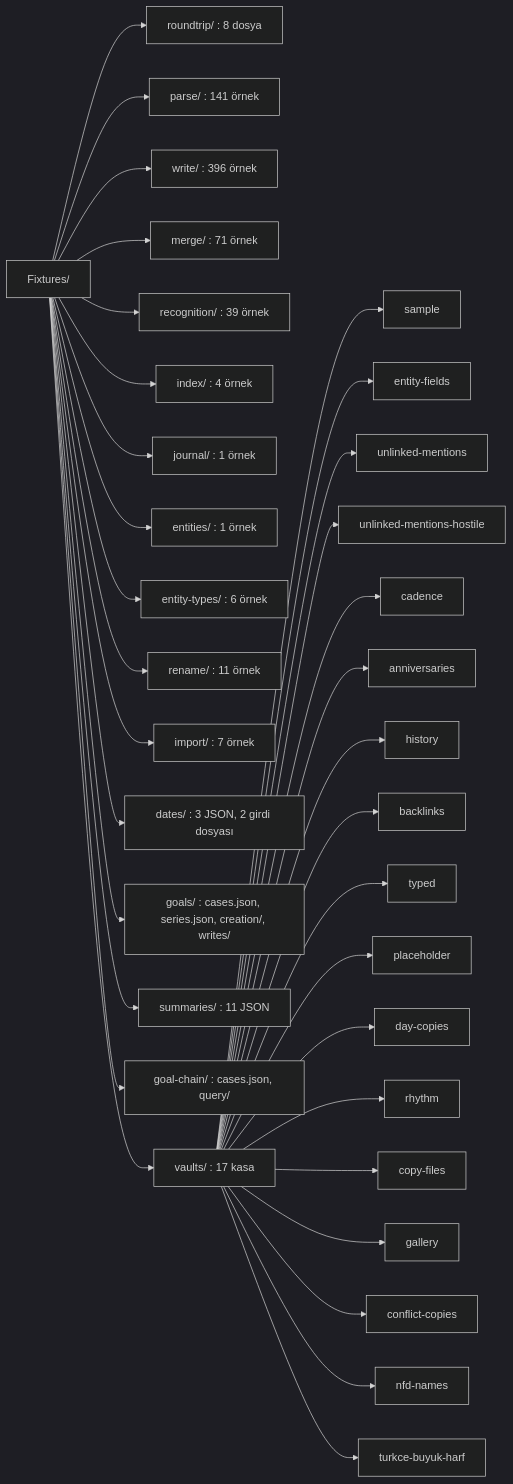
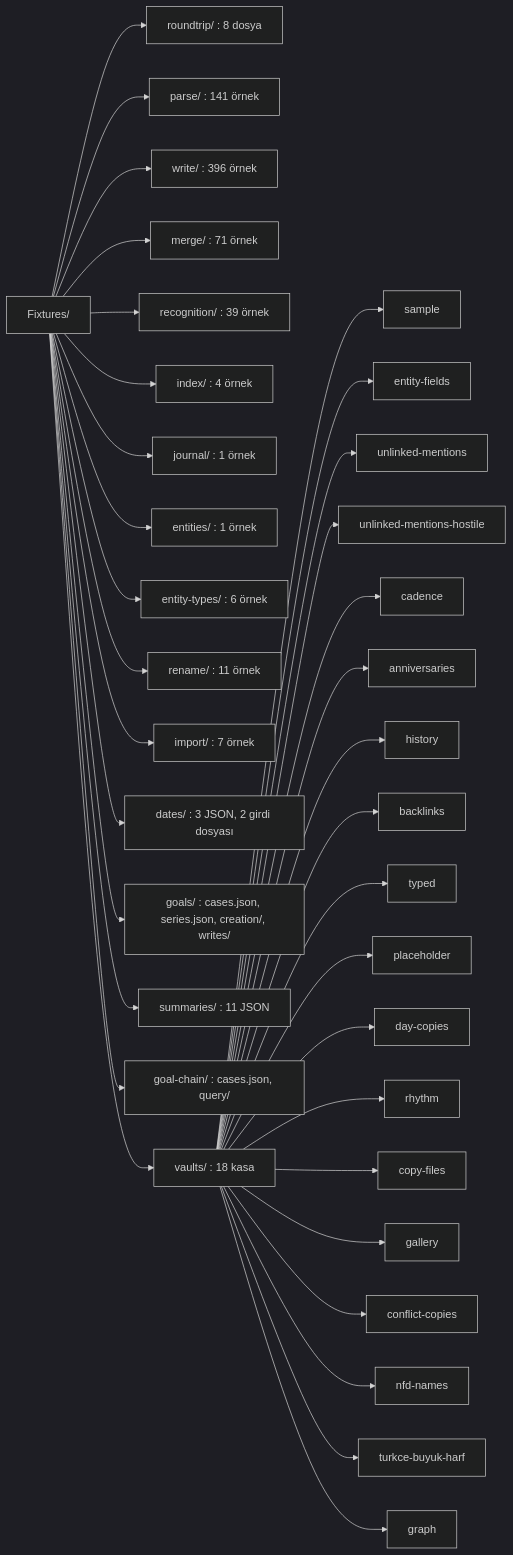
Before and after one commit to dogancanyildiz/kenet: the first of 11 diagrams in docs/fixtures.md, drawn with Mermaid (dark theme). The commit also changed other lines of this file and 27 other files, not shown here.

Commit message:
fix: Graph iki varlığı yalnız aynı olay, görev ya da paragrafta geçince bağlar (#333)

````diff
--- a/docs/fixtures.md
+++ b/docs/fixtures.md
@@ -15,37 +15,38 @@
 ```mermaid
 flowchart LR
   F["Fixtures/"]
   F --> RT["roundtrip/ : 8 dosya"]
   F --> PA["parse/ : 141 örnek"]
   F --> WR["write/ : 396 örnek"]
   F --> ME["merge/ : 71 örnek"]
   F --> RE["recognition/ : 39 örnek"]
   F --> IX["index/ : 4 örnek"]
   F --> JO["journal/ : 1 örnek"]
   F --> EN["entities/ : 1 örnek"]
   F --> ET["entity-types/ : 6 örnek"]
   F --> RN["rename/ : 11 örnek"]
   F --> IM["import/ : 7 örnek"]
   F --> DA["dates/ : 3 JSON, 2 girdi dosyası"]
   F --> GO["goals/ : cases.json, series.json, creation/, writes/"]
   F --> SU["summaries/ : 11 JSON"]
   F --> GC["goal-chain/ : cases.json, query/"]
-  F --> VA["vaults/ : 17 kasa"]
+  F --> VA["vaults/ : 18 kasa"]
   VA --> V1["sample"]
   VA --> V2["entity-fields"]
   VA --> V3["unlinked-mentions"]
   VA --> V4["unlinked-mentions-hostile"]
   VA --> V5["cadence"]
   VA --> V6["anniversaries"]
   VA --> V7["history"]
   VA --> V8["backlinks"]
   VA --> V9["typed"]
   VA --> V10["placeholder"]
   VA --> V11["day-copies"]
   VA --> V12["rhythm"]
   VA --> V13["copy-files"]
   VA --> V14["gallery"]
   VA --> V15["conflict-copies"]
   VA --> V16["nfd-names"]
   VA --> V17["turkce-buyuk-harf"]
+  VA --> V18["graph"]
 ```
````
